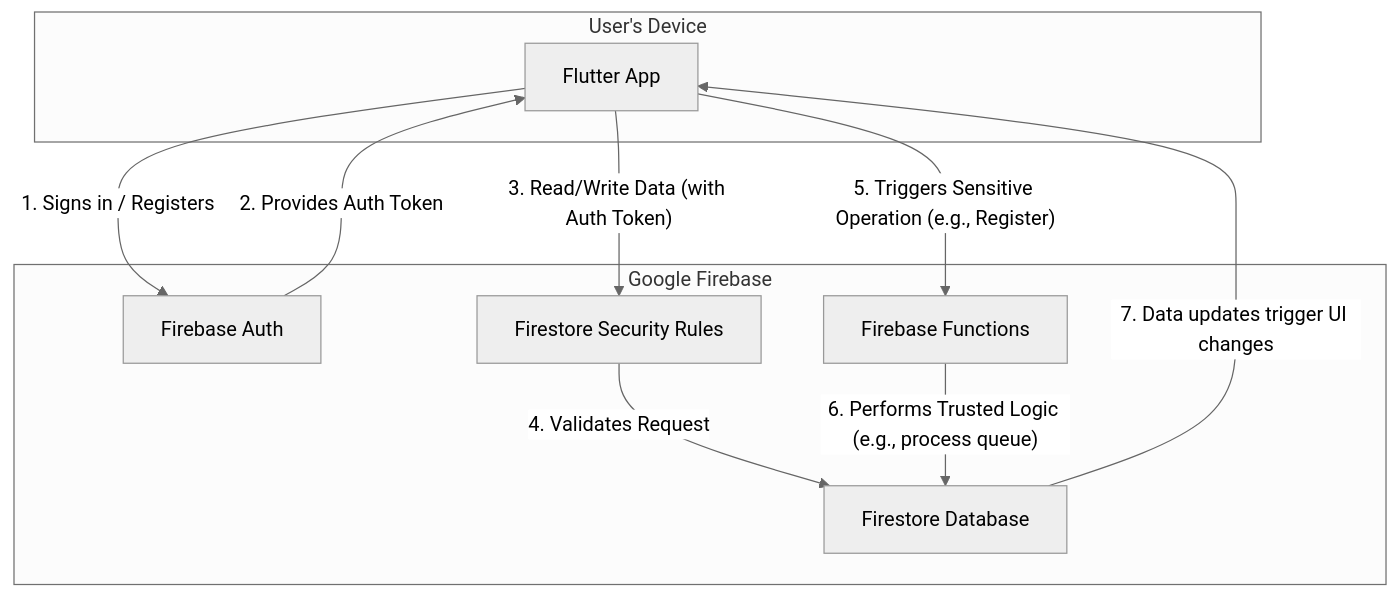
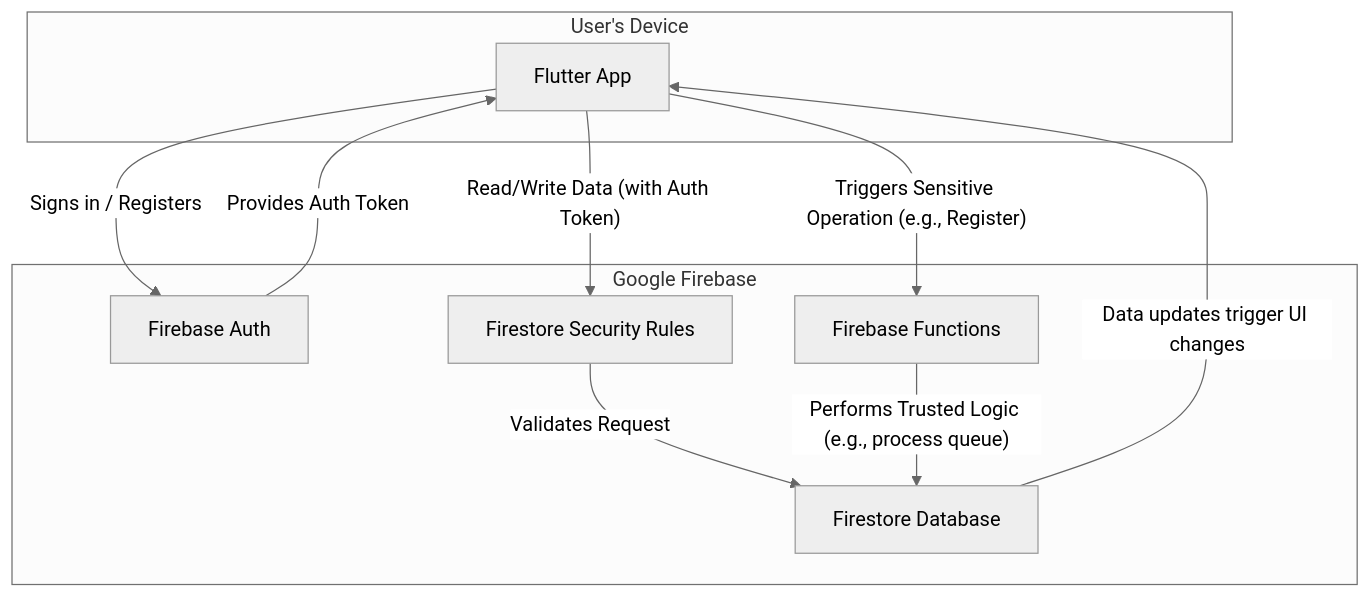
Before and after one commit to amitrke/getspot: the diagram in ARCHITECTURE.md, drawn with Mermaid (neutral theme). The commit also changed other lines of this file, not shown here.

Commit message:
Refactor architecture diagram and flow explanations for clarity and consistency

````diff
--- a/ARCHITECTURE.md
+++ b/ARCHITECTURE.md
@@ -5,24 +5,24 @@
 ```mermaid
 graph TD
     subgraph "User's Device"
         A[Flutter App]
     end
 
     subgraph "Google Firebase"
         B[Firebase Auth]
         C[Firestore Database]
         D[Firestore Security Rules]
         E[Firebase Functions]
     end
 
-    A -- 1. Signs in / Registers --> B
-    B -- 2. Provides Auth Token --> A
+    A -- "Signs in / Registers" --> B
+    B -- "Provides Auth Token" --> A
 
-    A -- "3. Read/Write Data (with Auth Token)" --> D
-    D -- "4. Validates Request" --> C
+    A -- "Read/Write Data (with Auth Token)" --> D
+    D -- "Validates Request" --> C
 
-    A -- "5. Triggers Sensitive Operation (e.g., Register)" --> E
+    A -- "Triggers Sensitive Operation (e.g., Register)" --> E
 
-    E -- "6. Performs Trusted Logic (e.g., process queue)" --> C
-    C -- "7. Data updates trigger UI changes" --> A
+    E -- "Performs Trusted Logic (e.g., process queue)" --> C
+    C -- "Data updates trigger UI changes" --> A
 ```
````
